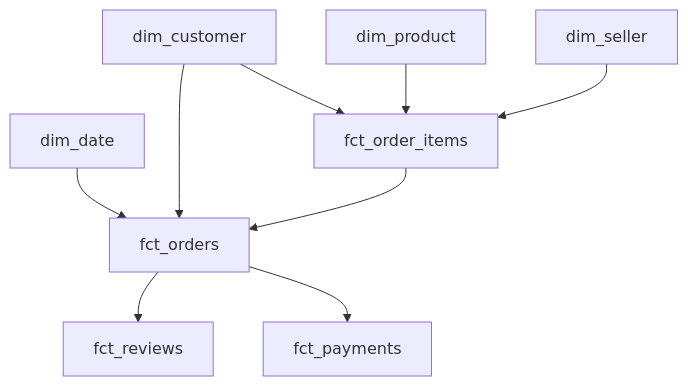
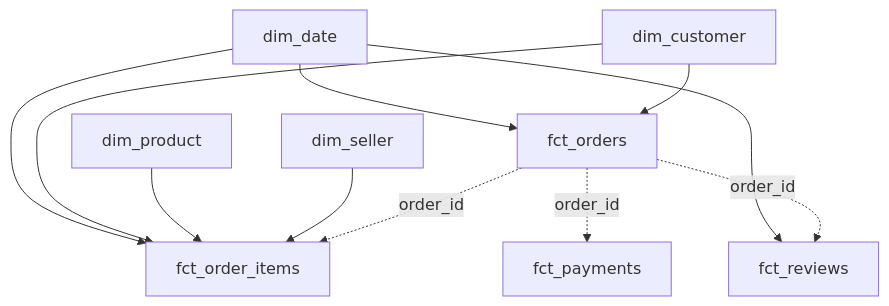
One commit to cheanwei/ntu-dsai-group5-project2 changed the diagram in docs/star_schema.md. Above: the diagram before and after it, drawn with Mermaid. The commit also changed other lines of this file and 24 other files, not shown here.

````diff
--- a/docs/star_schema.md
+++ b/docs/star_schema.md
@@ -32,11 +6,13 @@
 ```mermaid
 flowchart TB
   date[dim_date] --> orders[fct_orders]
+  date --> items[fct_order_items]
+  date --> reviews[fct_reviews]
   customer[dim_customer] --> orders
-  customer --> items[fct_order_items]
+  customer --> items
   product[dim_product] --> items
   seller[dim_seller] --> items
-  orders --> reviews[fct_reviews]
-  orders --> payments[fct_payments]
-  items --> orders
+  orders -. order_id .-> items
+  orders -. order_id .-> payments[fct_payments]
+  orders -. order_id .-> reviews
 ```
````
